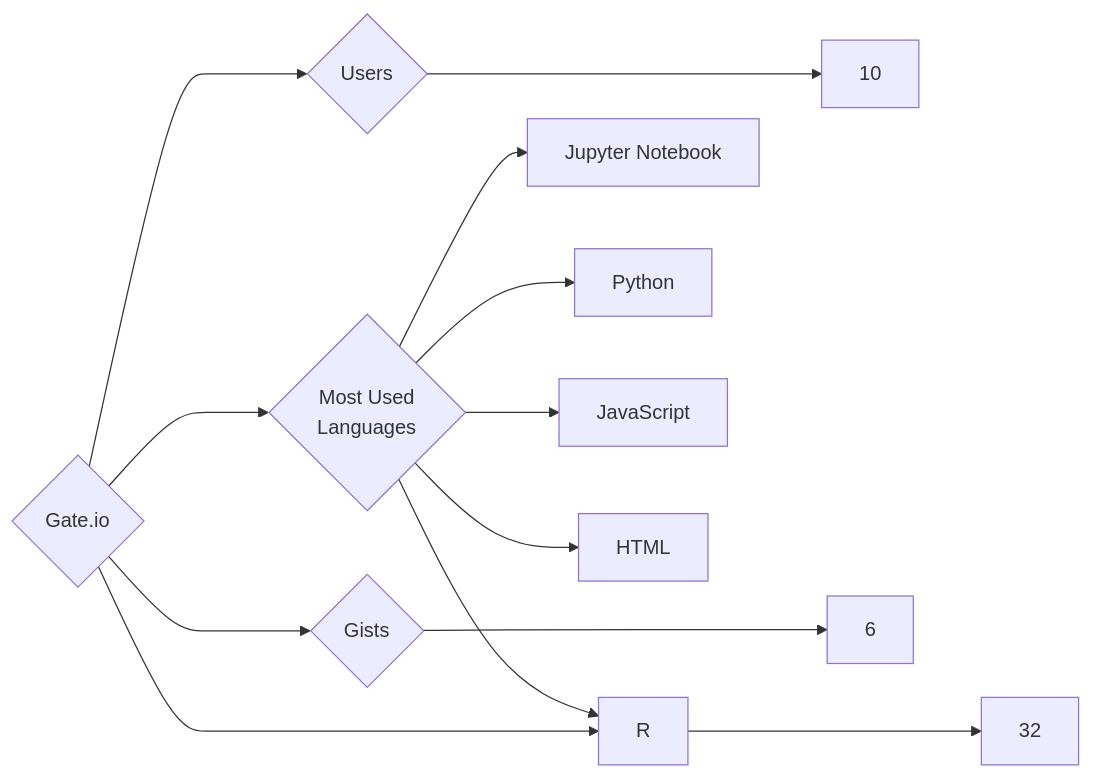
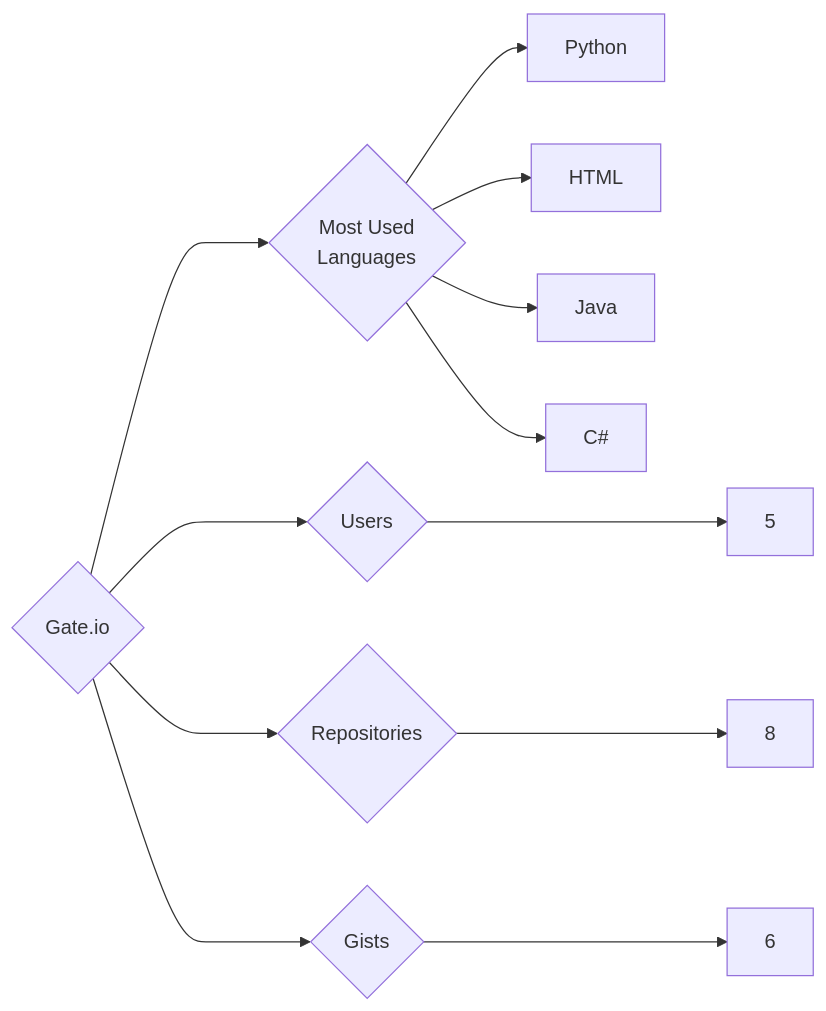
One commit to trickest/insiders changed the diagram in targets/Gate.io/README.md. Above: the diagram before and after it, drawn with Mermaid. The commit also changed 865 other files, not shown here.

````diff
--- a/targets/Gate.io/README.md
+++ b/targets/Gate.io/README.md
@@ -3,13 +3,12 @@
 ```mermaid
 graph LR
 COMPANY_NAME{Gate.io}
-COMPANY_NAME ---> U{Users} ---> UN[10]
-COMPANY_NAME ---> R{Repositories} ---> RN[32]
+COMPANY_NAME ---> U{Users} ---> UN[5]
+COMPANY_NAME ---> R{Repositories} ---> RN[8]
 COMPANY_NAME ---> G{Gists} ---> GN[6]
 COMPANY_NAME ---> ML{Most Used<br>Languages}
-ML --> Jupyter_Notebook[Jupyter Notebook]
 ML --> Python[Python]
-ML --> R[R]
-ML --> JavaScript[JavaScript]
 ML --> HTML[HTML]
+ML --> Java[Java]
+ML --> C#[C#]
 ```
````
